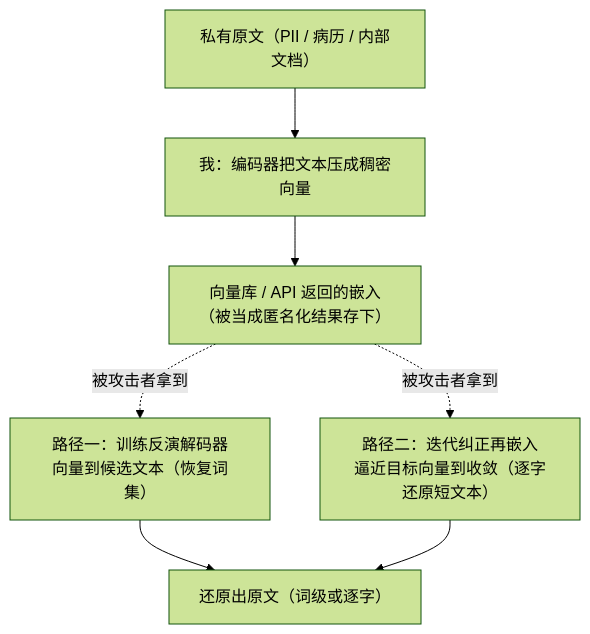
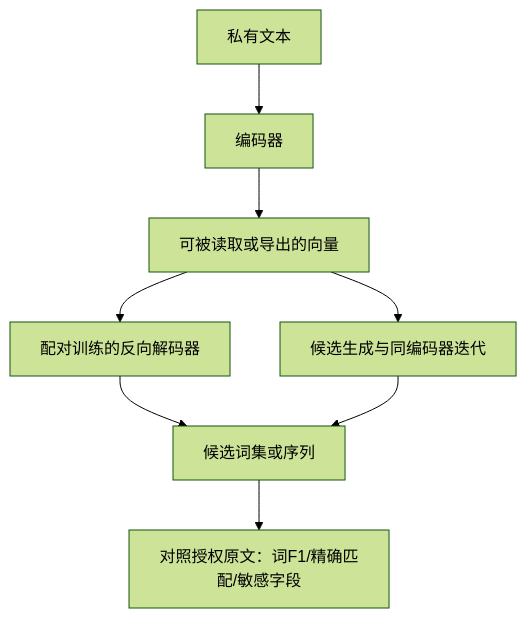
Before and after one commit to XuebinMa/AIWiki: the diagram in privacy/04-rag-agents/embedding-inversion.mdx, drawn with Mermaid (forest theme). The commit also changed other lines of this file and 325 other files, not shown here.

````diff
--- a/privacy/04-rag-agents/embedding-inversion.mdx
+++ b/privacy/04-rag-agents/embedding-inversion.mdx
@@ -39,9 +35,10 @@
 ```mermaid
 flowchart TB
-    T["私有原文（PII / 病历 / 内部文档）"] --> E["我：编码器把文本压成稠密向量"]
-    E --> V["向量库 / API 返回的嵌入<br/>（被当成匿名化结果存下）"]
-    V -. 被攻击者拿到 .-> A1["路径一：训练反演解码器<br/>向量到候选文本（恢复词集）"]
-    V -. 被攻击者拿到 .-> A2["路径二：迭代纠正再嵌入<br/>逼近目标向量到收敛（逐字还原短文本）"]
-    A1 --> O["还原出原文（词级或逐字）"]
-    A2 --> O
+    T["私有文本"] --> E["编码器"]
+    E --> V["可被读取或导出的向量"]
+    V --> D["配对训练的反向解码器"]
+    V --> I["候选生成与同编码器迭代"]
+    D --> C["候选词集或序列"]
+    I --> C
+    C --> A["对照授权原文：词F1/精确匹配/敏感字段"]
 ```
````
